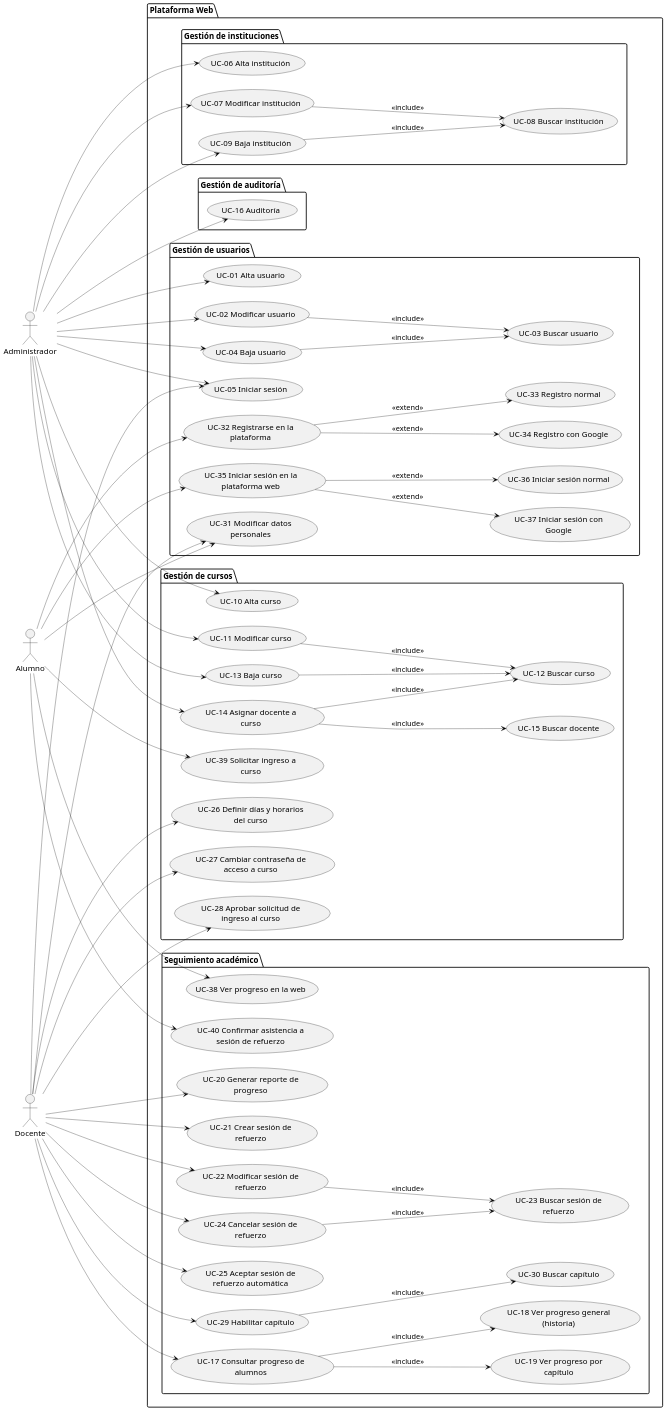
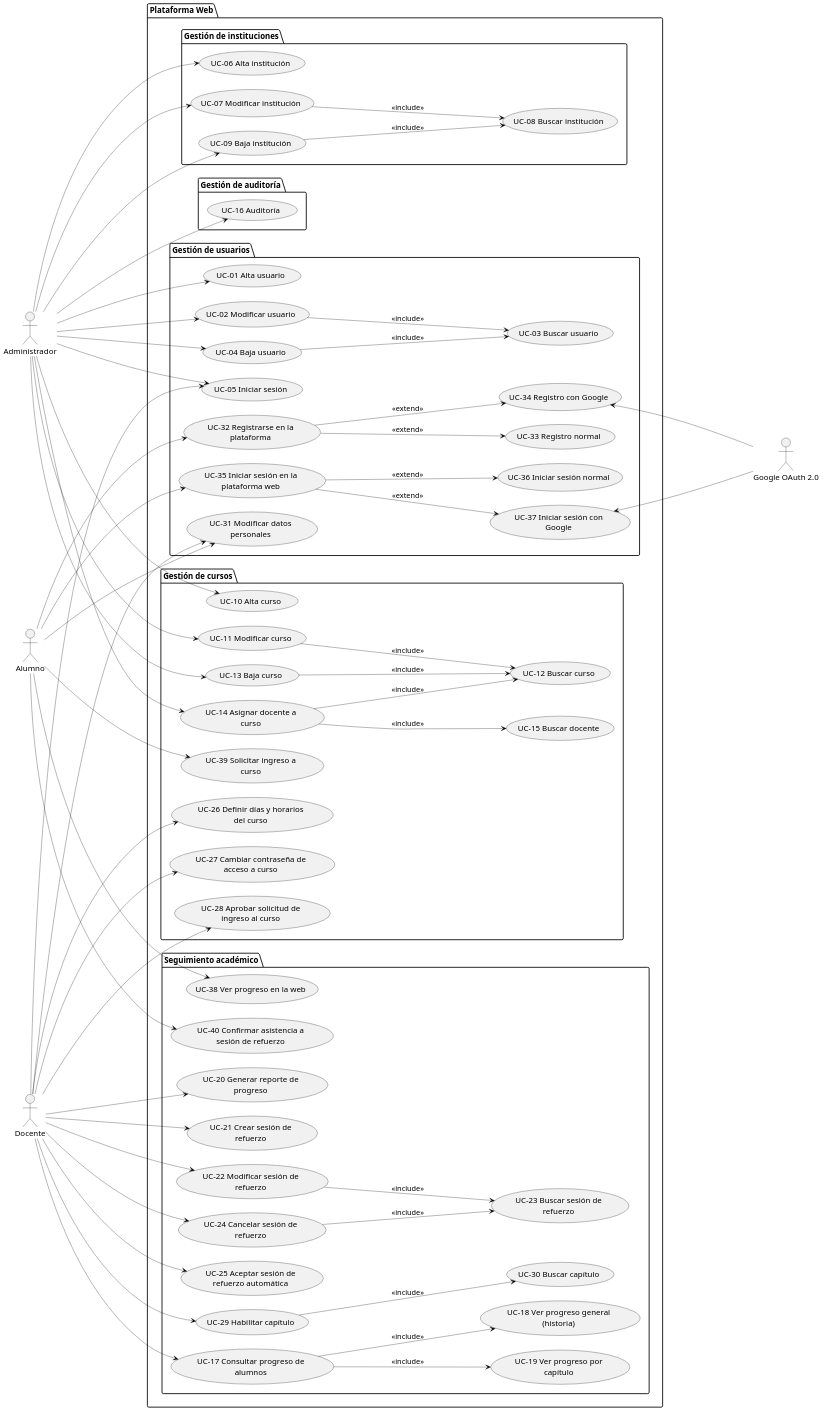
One commit to francoalbornoz2002/ASC-ProyectoAlgoritmia-TrabajoFinal changed the diagram in docs/requisitos/casos-de-uso/diagramas-casos-de-uso/plataforma web/dcu-plataforma-web-expandido.puml. Above: the diagram before and after it, drawn with PlantUML. The commit also changed 2 other files, not shown here.

Commit message:
Añadiendo actor Google OAuth 2.0 y actualizando diagramas

```diff
--- a/docs/requisitos/casos-de-uso/diagramas-casos-de-uso/plataforma web/dcu-plataforma-web-expandido.puml
+++ b/docs/requisitos/casos-de-uso/diagramas-casos-de-uso/plataforma web/dcu-plataforma-web-expandido.puml
@@ -1,131 +1,135 @@
 @startuml DCU_PlataformaWebExpandido
 left to right direction
 
 skinparam dpi 150
 skinparam usecasePadding 25
 skinparam actorPadding 80
 skinparam packagePadding 20
 skinparam wrapWidth 200
 
 skinparam nodesep 25
 skinparam ranksep 200
 
 skinparam ArrowThickness 0.5
 skinparam ArrowColor Black
 
 actor Alumno
 actor Administrador
 actor Docente
+actor "Google OAuth 2.0" as GoogleOAuth2
 
 package "Plataforma Web"{
   package "Gestión de instituciones"{
     usecase "UC-06 Alta institución" as UC06
     usecase "UC-07 Modificar institución" as UC07
     usecase "UC-08 Buscar institución" as UC08
     usecase "UC-09 Baja institución" as UC09
   }
 
   package "Gestión de auditoría"{
     usecase "UC-16 Auditoría" as UC16
   }
 
   package "Gestión de usuarios"{
     usecase "UC-01 Alta usuario" as UC01
     usecase "UC-02 Modificar usuario" as UC02
     usecase "UC-03 Buscar usuario" as UC03
     usecase "UC-04 Baja usuario" as UC04
     usecase "UC-05 Iniciar sesión" as UC05
     usecase "UC-32 Registrarse en la plataforma" as UC32
     usecase "UC-33 Registro normal" as UC33
     usecase "UC-34 Registro con Google" as UC34
     usecase "UC-35 Iniciar sesión en la plataforma web" as UC35
     usecase "UC-36 Iniciar sesión normal" as UC36
     usecase "UC-37 Iniciar sesión con Google" as UC37
     usecase "UC-31 Modificar datos personales" as UC31
   }
 
   package "Gestión de cursos"{
     usecase "UC-10 Alta curso" as UC10
     usecase "UC-11 Modificar curso" as UC11
     usecase "UC-12 Buscar curso" as UC12
     usecase "UC-13 Baja curso" as UC13
     usecase "UC-14 Asignar docente a curso" as UC14
     usecase "UC-15 Buscar docente" as UC15
     usecase "UC-26 Definir días y horarios del curso" as UC26
     usecase "UC-27 Cambiar contraseña de acceso a curso" as UC27
     usecase "UC-28 Aprobar solicitud de ingreso al curso" as UC28
     usecase "UC-39 Solicitar ingreso a curso" as UC39
   }
 
   
 
   package "Seguimiento académico"{
     usecase "UC-17 Consultar progreso de alumnos" as UC17
     usecase "UC-18 Ver progreso general (historia)" as UC18
     usecase "UC-19 Ver progreso por capítulo" as UC19
     usecase "UC-20 Generar reporte de progreso" as UC20
     usecase "UC-21 Crear sesión de refuerzo" as UC21
     usecase "UC-22 Modificar sesión de refuerzo" as UC22
     usecase "UC-23 Buscar sesión de refuerzo" as UC23
     usecase "UC-24 Cancelar sesión de refuerzo" as UC24
     usecase "UC-25 Aceptar sesión de refuerzo automática" as UC25
     usecase "UC-29 Habilitar capítulo" as UC29
     usecase "UC-30 Buscar capítulo" as UC30
     usecase "UC-38 Ver progreso en la web" as UC38
     usecase "UC-40 Confirmar asistencia a sesión de refuerzo" as UC40
   }
 
 }
 
 Administrador --> UC01
 Administrador --> UC02
 UC02 --> UC03 : <<include>>
 Administrador --> UC04
 UC04 --> UC03 : <<include>>
 Administrador --> UC05
 Administrador --> UC06
 Administrador --> UC07
 Administrador --> UC09
 UC07 --> UC08 : <<include>>
 UC09 --> UC08 : <<include>>
 Administrador --> UC10
 Administrador --> UC11
 Administrador --> UC13
 UC11 --> UC12 : <<include>>
 UC13 --> UC12 : <<include>>
 Administrador --> UC14
 UC14 --> UC15 : <<include>>
 UC14 --> UC12 : <<include>>
 Administrador --> UC16
 
 Alumno --> UC31
 Alumno --> UC32
 UC32 --> UC33 : <<extend>>
 UC32 --> UC34 : <<extend>>
 Alumno --> UC35
 UC35 --> UC36 : <<extend>>
 UC35 --> UC37 : <<extend>>
 Alumno --> UC38
 Alumno --> UC39
 Alumno --> UC40
+GoogleOAuth2 -up-> UC34
+GoogleOAuth2 -up-> UC37
+
 
 Docente --> UC05
 Docente --> UC17
 UC17 --> UC18 : <<include>>
 UC17 --> UC19 : <<include>>
 Docente --> UC20
 Docente --> UC21
 Docente --> UC22
 Docente --> UC24
 UC22 --> UC23 : <<include>>
 UC24 --> UC23 : <<include>>
 Docente --> UC25
 Docente --> UC26
 Docente --> UC27
 Docente --> UC28
 Docente --> UC29
 UC29 --> UC30 : <<include>>
 Docente --> UC31
 
 
 @enduml
```
